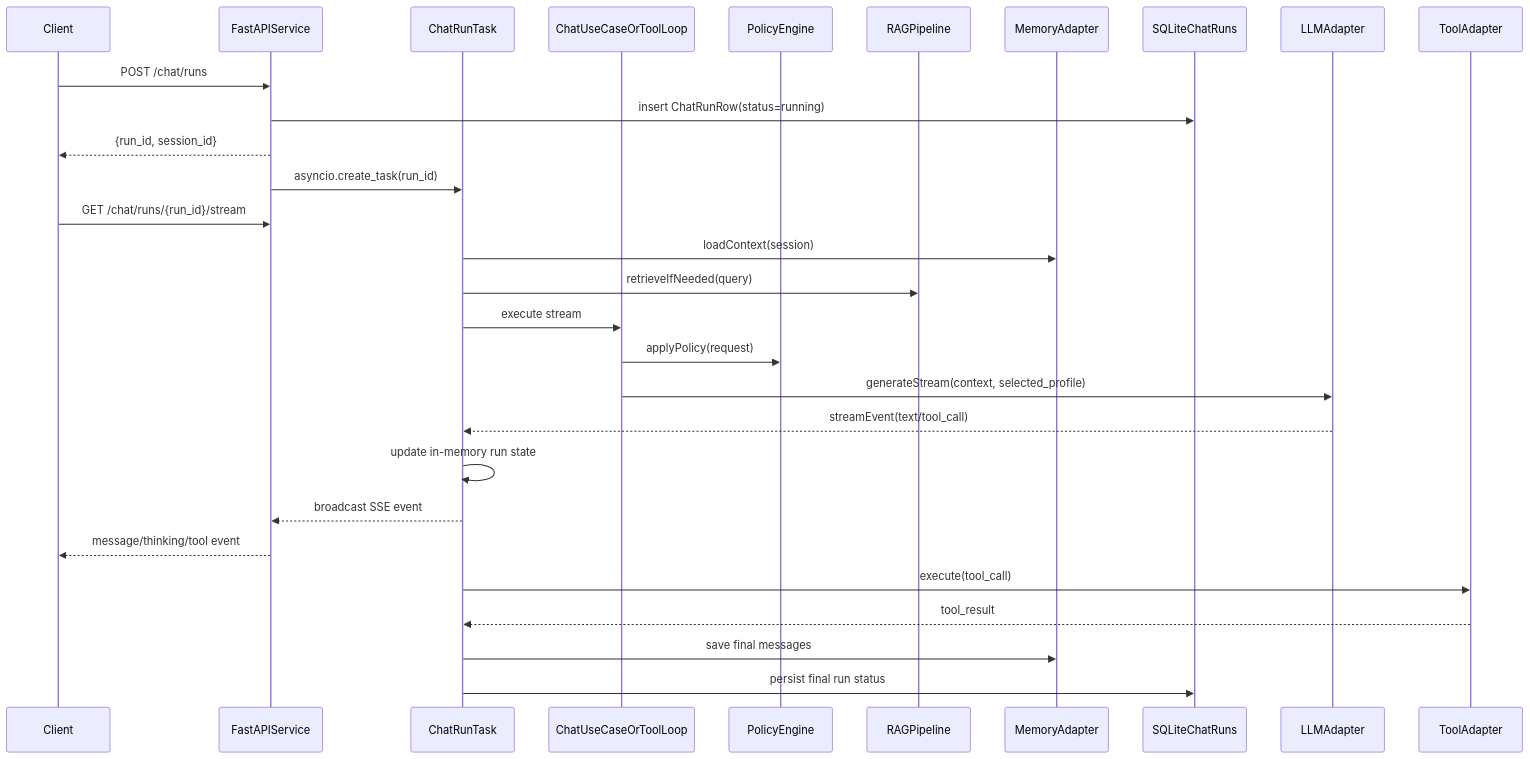
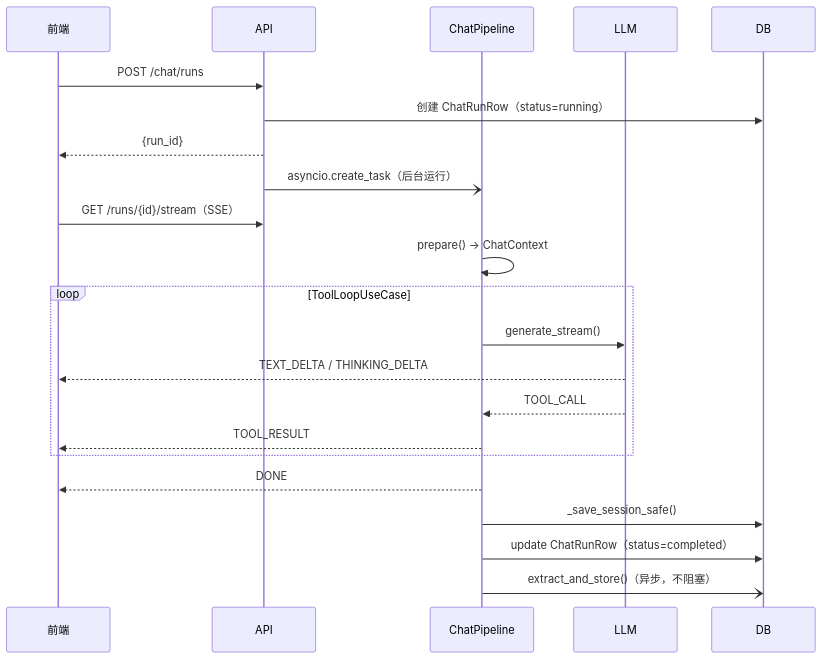
One commit to ayxworxfr/AstraCoreAI changed the second of 2 diagrams in docs/AstraCoreAI设计文档.md. Above: the diagram before and after it, drawn with Mermaid. The commit also changed other lines of this file and 72 other files, not shown here.

````diff
--- a/docs/AstraCoreAI设计文档.md
+++ b/docs/AstraCoreAI设计文档.md
@@ -305,32 +291,28 @@
 ```mermaid
 sequenceDiagram
-    participant C as Client
-    participant API as FastAPIService
-    participant RUN as ChatRunTask
-    participant APP as ChatUseCaseOrToolLoop
-    participant POL as PolicyEngine
-    participant RAG as RAGPipeline
-    participant MEM as MemoryAdapter
-    participant DB as SQLiteChatRuns
-    participant LLM as LLMAdapter
-    participant TOOL as ToolAdapter
+    participant 前端
+    participant API
+    participant Pipeline as ChatPipeline
+    participant LLM
+    participant DB
 
-    C->>API: POST /chat/runs
-    API->>DB: insert ChatRunRow(status=running)
-    API-->>C: {run_id, session_id}
-    API->>RUN: asyncio.create_task(run_id)
-    C->>API: GET /chat/runs/{run_id}/stream
-    RUN->>MEM: loadContext(session)
-    RUN->>RAG: retrieveIfNeeded(query)
-    RUN->>APP: execute stream
-    APP->>POL: applyPolicy(request)
-    APP->>LLM: generateStream(context, selected_profile)
-    LLM-->>RUN: streamEvent(text/tool_call)
-    RUN->>RUN: update in-memory run state
-    RUN-->>API: broadcast SSE event
-    API-->>C: message/thinking/tool event
-    RUN->>TOOL: execute(tool_call)
-    TOOL-->>RUN: tool_result
-    RUN->>MEM: save final messages
-    RUN->>DB: persist final run status
+    前端->>API: POST /chat/runs
+    API->>DB: 创建 ChatRunRow（status=running）
+    API-->>前端: {run_id}
+    API-)Pipeline: asyncio.create_task（后台运行）
+
+    前端->>API: GET /runs/{id}/stream（SSE）
+
+    Pipeline->>Pipeline: prepare() → ChatContext
+    loop ToolLoopUseCase
+        Pipeline->>LLM: generate_stream()
+        LLM-->>前端: TEXT_DELTA / THINKING_DELTA
+        LLM-->>Pipeline: TOOL_CALL
+        Pipeline-->>前端: TOOL_RESULT
+    end
+    Pipeline-->>前端: DONE
+
+    Pipeline->>DB: _save_session_safe()
+    Pipeline->>DB: update ChatRunRow（status=completed）
+    Pipeline-)DB: extract_and_store()（异步，不阻塞）
 ```
````
